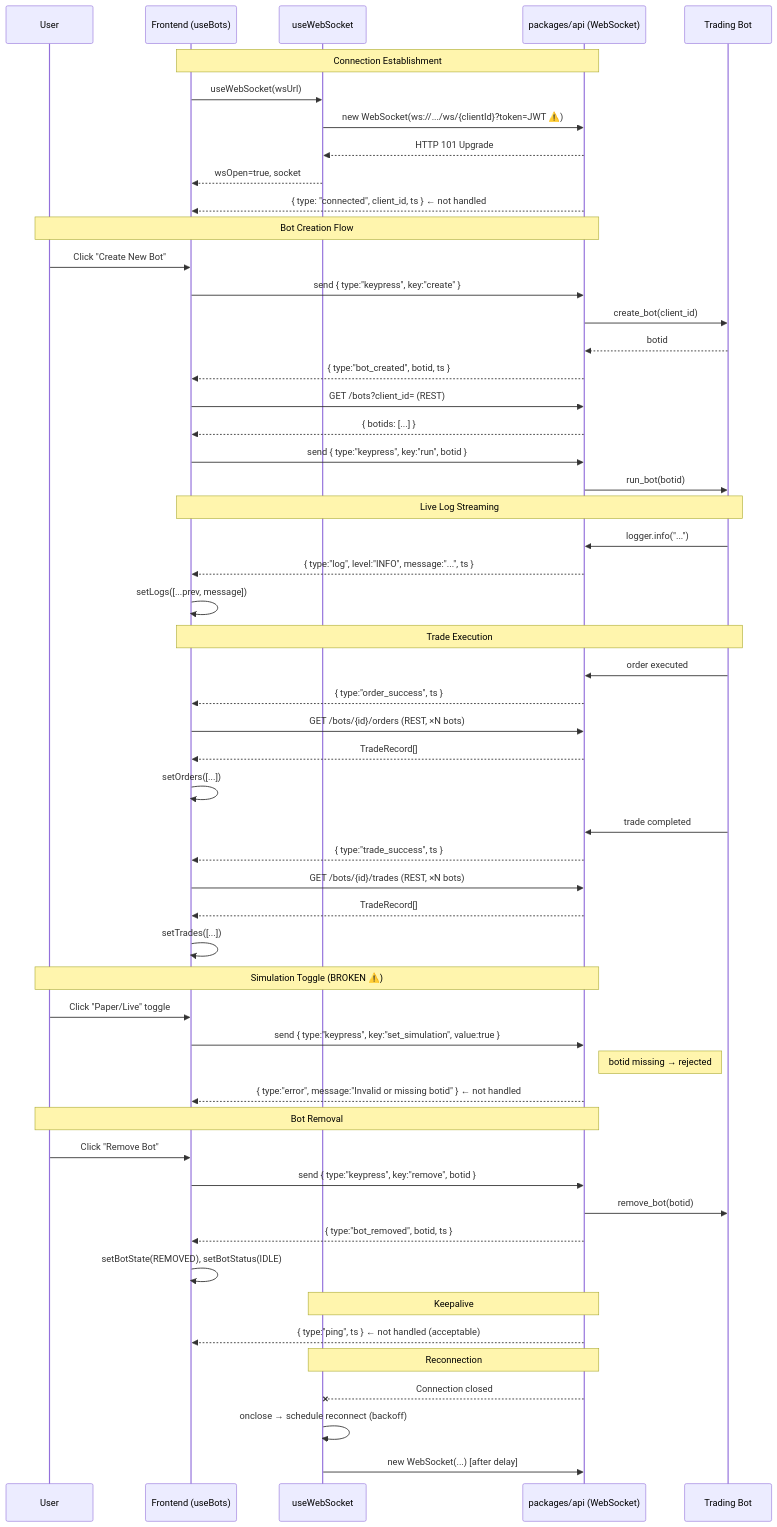
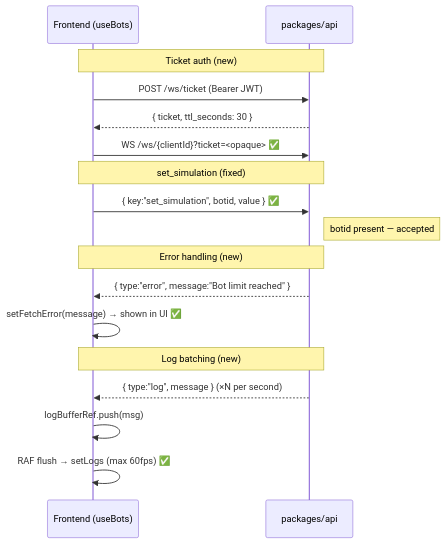
Before and after one commit to jreinaldodasilva/sonarft-monorepo: the diagram in packages/web/docs/real-time/websocket-integration.md, drawn with Mermaid. The commit also changed other lines of this file and 11 other files, not shown here.

First line of the commit message:
docs(web): update all review documents post-implementation

````diff
--- a/packages/web/docs/real-time/websocket-integration.md
+++ b/packages/web/docs/real-time/websocket-integration.md
@@ -603,65 +123,23 @@
 ```mermaid
 sequenceDiagram
-    participant U as User
     participant FE as Frontend (useBots)
-    participant WS as useWebSocket
-    participant API as packages/api (WebSocket)
-    participant BOT as Trading Bot
+    participant API as packages/api
 
-    Note over FE,API: Connection Establishment
-    FE->>WS: useWebSocket(wsUrl)
-    WS->>API: new WebSocket(ws://.../ws/{clientId}?token=JWT ⚠️)
-    API-->>WS: HTTP 101 Upgrade
-    WS-->>FE: wsOpen=true, socket
-    API-->>FE: { type: "connected", client_id, ts } ← not handled
+    Note over FE,API: Ticket auth (new)
+    FE->>API: POST /ws/ticket (Bearer JWT)
+    API-->>FE: { ticket, ttl_seconds: 30 }
+    FE->>API: WS /ws/{clientId}?ticket=<opaque> ✅
 
-    Note over U,API: Bot Creation Flow
-    U->>FE: Click "Create New Bot"
-    FE->>API: send { type:"keypress", key:"create" }
-    API->>BOT: create_bot(client_id)
-    BOT-->>API: botid
-    API-->>FE: { type:"bot_created", botid, ts }
-    FE->>API: GET /bots?client_id= (REST)
-    API-->>FE: { botids: [...] }
-    FE->>API: send { type:"keypress", key:"run", botid }
-    API->>BOT: run_bot(botid)
+    Note over FE,API: set_simulation (fixed)
+    FE->>API: { key:"set_simulation", botid, value } ✅
+    Note right of API: botid present — accepted
 
-    Note over BOT,FE: Live Log Streaming
-    BOT->>API: logger.info("...")
-    API-->>FE: { type:"log", level:"INFO", message:"...", ts }
-    FE->>FE: setLogs([...prev, message])
+    Note over FE,API: Error handling (new)
+    API-->>FE: { type:"error", message:"Bot limit reached" }
+    FE->>FE: setFetchError(message) → shown in UI ✅
 
-    Note over BOT,FE: Trade Execution
-    BOT->>API: order executed
-    API-->>FE: { type:"order_success", ts }
-    FE->>API: GET /bots/{id}/orders (REST, ×N bots)
-    API-->>FE: TradeRecord[]
-    FE->>FE: setOrders([...])
-
-    BOT->>API: trade completed
-    API-->>FE: { type:"trade_success", ts }
-    FE->>API: GET /bots/{id}/trades (REST, ×N bots)
-    API-->>FE: TradeRecord[]
-    FE->>FE: setTrades([...])
-
-    Note over U,API: Simulation Toggle (BROKEN ⚠️)
-    U->>FE: Click "Paper/Live" toggle
-    FE->>API: send { type:"keypress", key:"set_simulation", value:true }
-    Note right of API: botid missing → rejected
-    API-->>FE: { type:"error", message:"Invalid or missing botid" } ← not handled
-
-    Note over U,API: Bot Removal
-    U->>FE: Click "Remove Bot"
-    FE->>API: send { type:"keypress", key:"remove", botid }
-    API->>BOT: remove_bot(botid)
-    API-->>FE: { type:"bot_removed", botid, ts }
-    FE->>FE: setBotState(REMOVED), setBotStatus(IDLE)
-
-    Note over WS,API: Keepalive
-    API-->>FE: { type:"ping", ts } ← not handled (acceptable)
-
-    Note over WS,API: Reconnection
-    API--xWS: Connection closed
-    WS->>WS: onclose → schedule reconnect (backoff)
-    WS->>API: new WebSocket(...) [after delay]
+    Note over FE,API: Log batching (new)
+    API-->>FE: { type:"log", message } (×N per second)
+    FE->>FE: logBufferRef.push(msg)
+    FE->>FE: RAF flush → setLogs (max 60fps) ✅
 ```
````
